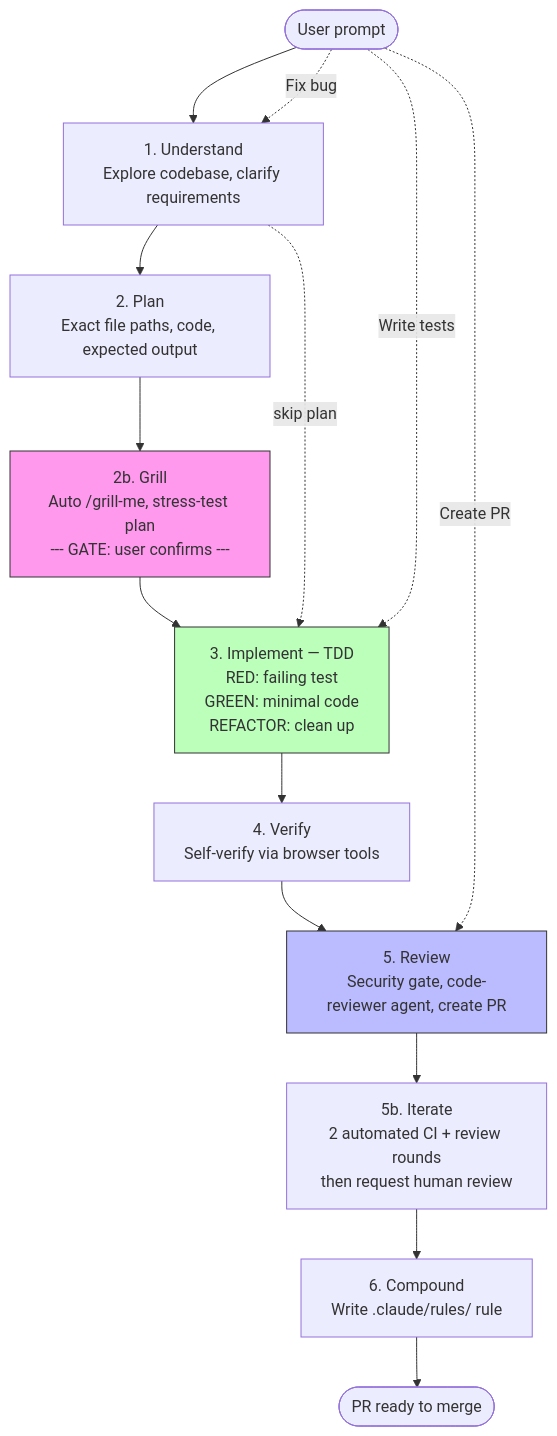
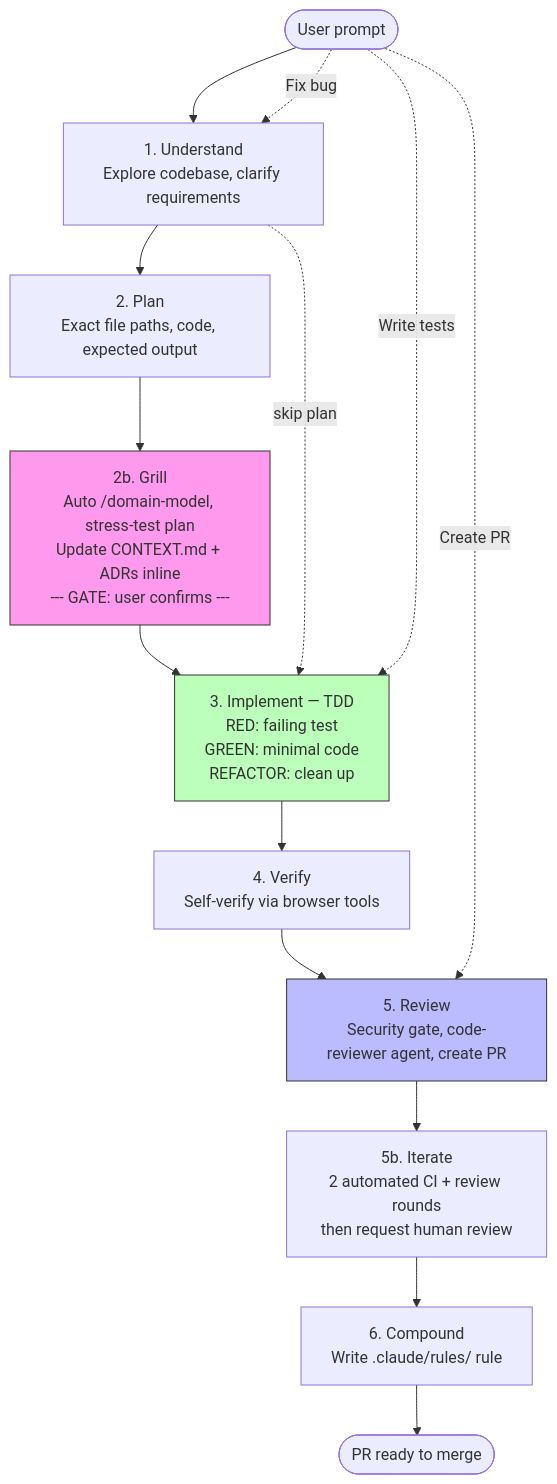
Before and after one commit to malinskibeniamin/skills: the first of 3 diagrams in README.md, drawn with Mermaid. The commit also changed other lines of this file and 21 other files, not shown here.

````diff
--- a/README.md
+++ b/README.md
@@ -146,26 +150,26 @@
 ```mermaid
 graph TD
     Start([User prompt]) --> Understand
 
     Understand["1. Understand\nExplore codebase, clarify requirements"]
     Plan["2. Plan\nExact file paths, code, expected output"]
-    Grill["2b. Grill\nAuto /grill-me, stress-test plan\n--- GATE: user confirms ---"]
+    Grill["2b. Grill\nAuto /domain-model, stress-test plan\nUpdate CONTEXT.md + ADRs inline\n--- GATE: user confirms ---"]
     Implement["3. Implement — TDD\nRED: failing test\nGREEN: minimal code\nREFACTOR: clean up"]
     Verify["4. Verify\nSelf-verify via browser tools"]
     Review["5. Review\nSecurity gate, code-reviewer agent, create PR"]
     Iterate["5b. Iterate\n2 automated CI + review rounds\nthen request human review"]
     Compound["6. Compound\nWrite .claude/rules/ rule"]
     Done([PR ready to merge])
 
     Understand --> Plan --> Grill --> Implement
     Implement --> Verify --> Review --> Iterate --> Compound --> Done
 
     Start -. "Fix bug" .-> Understand
     Understand -. "skip plan" .-> Implement
     Start -. "Write tests" .-> Implement
     Start -. "Create PR" .-> Review
 
     style Grill fill:#f9e,stroke:#333
     style Implement fill:#bfb,stroke:#333
     style Review fill:#bbf,stroke:#333
 ```
````
